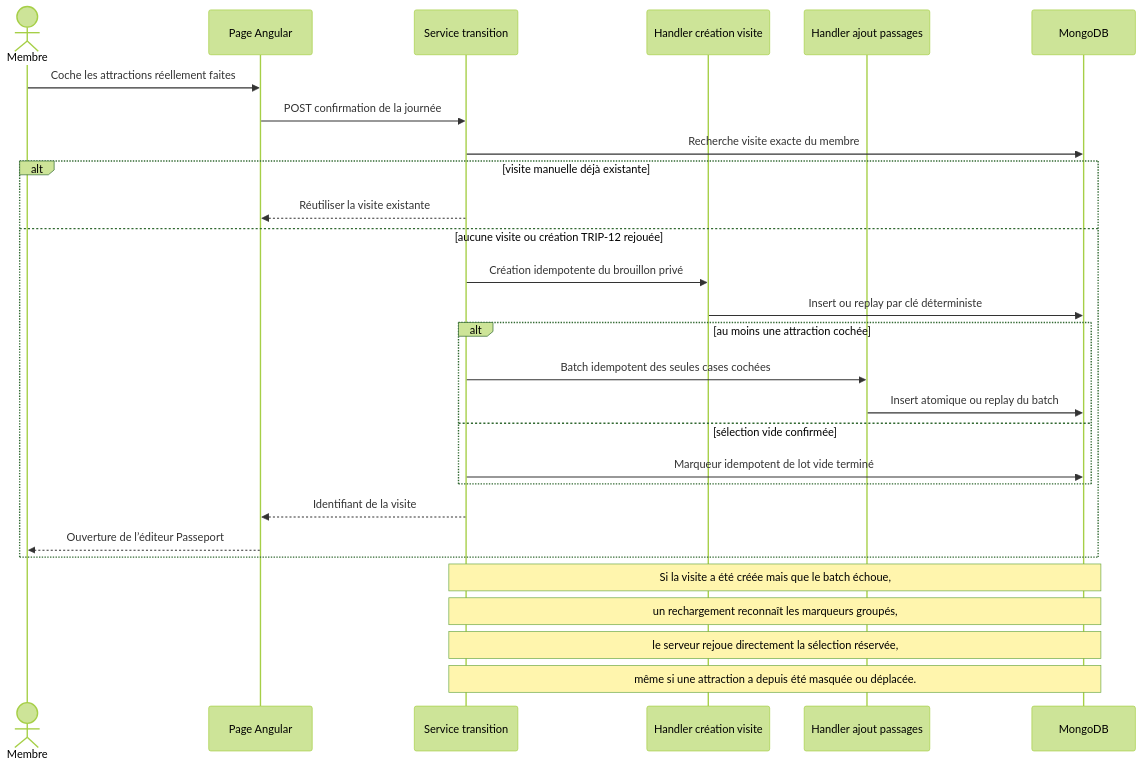
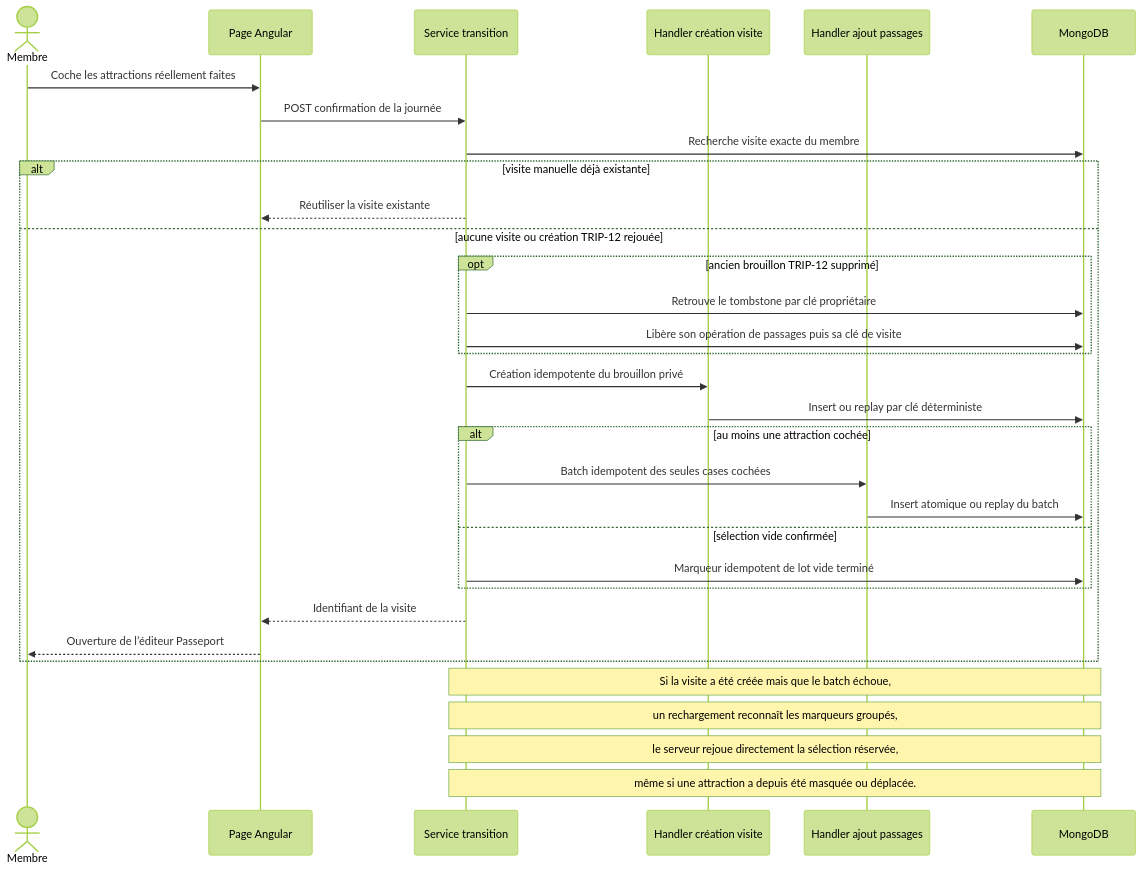
The fourth of 5 diagrams in docs/architecture/product-growth-trip-12-passport-transition-2026-09-25.md (Ced59/AmusementParkProject), drawn with Mermaid (forest theme) before and after one commit. The commit also changed other lines of this file and 13 other files, not shown here.

````diff
--- a/docs/architecture/product-growth-trip-12-passport-transition-2026-09-25.md
+++ b/docs/architecture/product-growth-trip-12-passport-transition-2026-09-25.md
@@ -198,32 +202,36 @@
 ```mermaid
 sequenceDiagram
     actor M as Membre
     participant UI as Page Angular
     participant APP as Service transition
     participant VISIT as Handler création visite
     participant RIDE as Handler ajout passages
     participant DB as MongoDB
 
     M->>UI: Coche les attractions réellement faites
     UI->>APP: POST confirmation de la journée
     APP->>DB: Recherche visite exacte du membre
     alt visite manuelle déjà existante
       APP-->>UI: Réutiliser la visite existante
     else aucune visite ou création TRIP-12 rejouée
+      opt ancien brouillon TRIP-12 supprimé
+        APP->>DB: Retrouve le tombstone par clé propriétaire
+        APP->>DB: Libère son opération de passages puis sa clé de visite
+      end
       APP->>VISIT: Création idempotente du brouillon privé
       VISIT->>DB: Insert ou replay par clé déterministe
       alt au moins une attraction cochée
         APP->>RIDE: Batch idempotent des seules cases cochées
         RIDE->>DB: Insert atomique ou replay du batch
       else sélection vide confirmée
         APP->>DB: Marqueur idempotent de lot vide terminé
       end
       APP-->>UI: Identifiant de la visite
       UI-->>M: Ouverture de l’éditeur Passeport
     end
 
     Note over APP,DB: Si la visite a été créée mais que le batch échoue,
     Note over APP,DB: un rechargement reconnaît les marqueurs groupés,
     Note over APP,DB: le serveur rejoue directement la sélection réservée,
     Note over APP,DB: même si une attraction a depuis été masquée ou déplacée.
 ```
````
